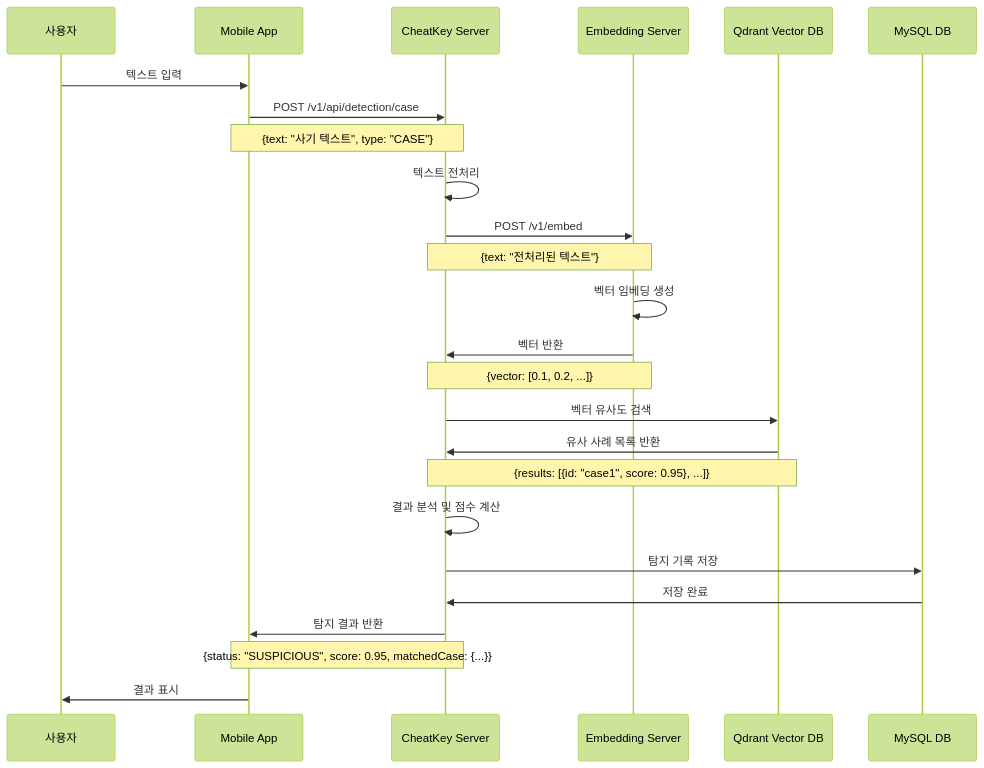
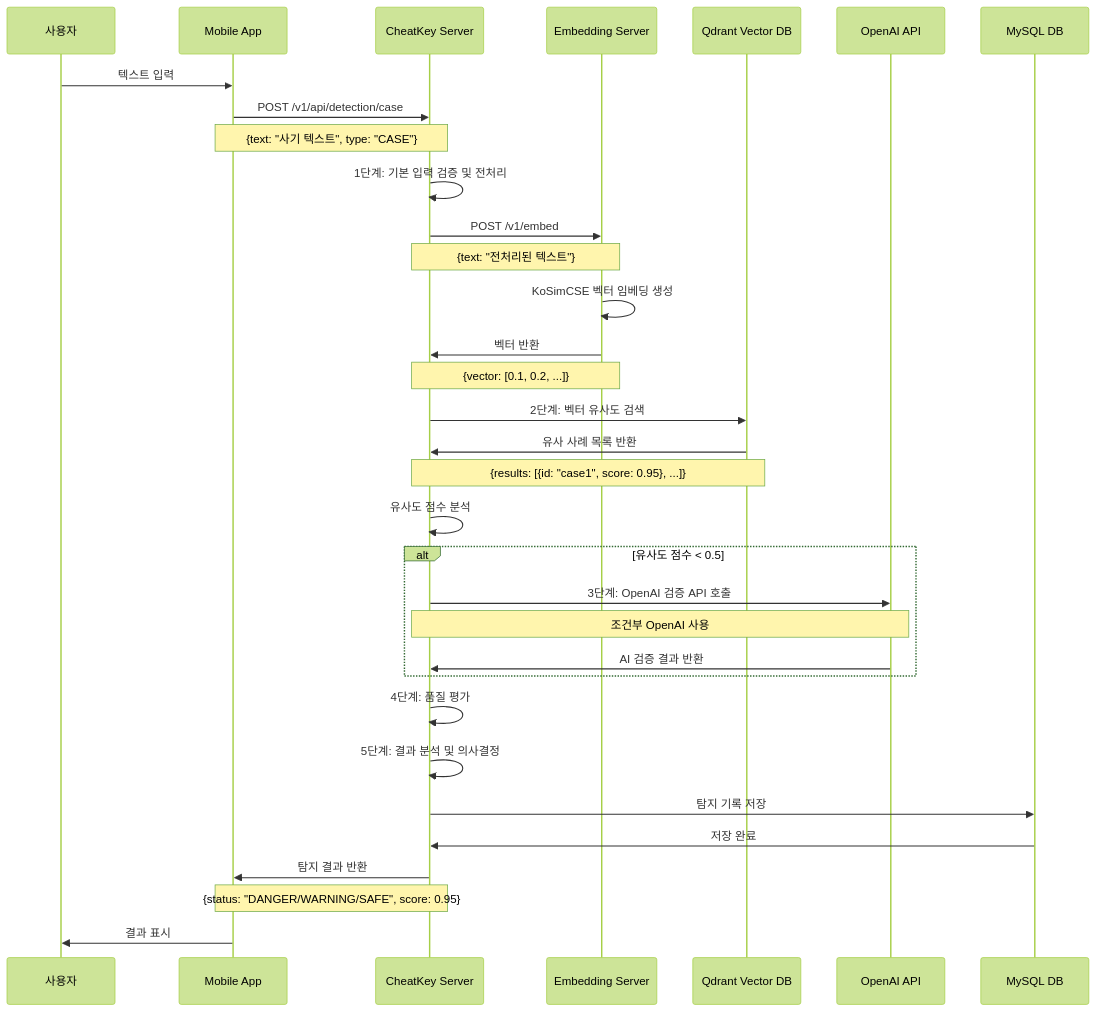
Before and after one commit to Central-MakeUs/CheatKey-Server: the first of 10 diagrams in docs/flows/sequence.md, drawn with Mermaid (forest theme). The commit also changed other lines of this file and 6 other files, not shown here.

````diff
--- a/docs/flows/sequence.md
+++ b/docs/flows/sequence.md
@@ -7,33 +7,43 @@
 ```mermaid
 sequenceDiagram
     participant U as 사용자
     participant App as Mobile App
     participant Server as CheatKey Server
     participant Embedding as Embedding Server
     participant Qdrant as Qdrant Vector DB
+    participant OpenAI as OpenAI API
     participant DB as MySQL DB
     
     U->>App: 텍스트 입력
     App->>Server: POST /v1/api/detection/case
     Note over App,Server: {text: "사기 텍스트", type: "CASE"}
     
-    Server->>Server: 텍스트 전처리
+    Server->>Server: 1단계: 기본 입력 검증 및 전처리
     Server->>Embedding: POST /v1/embed
     Note over Server,Embedding: {text: "전처리된 텍스트"}
     
-    Embedding->>Embedding: 벡터 임베딩 생성
+    Embedding->>Embedding: KoSimCSE 벡터 임베딩 생성
     Embedding->>Server: 벡터 반환
     Note over Embedding,Server: {vector: [0.1, 0.2, ...]}
     
-    Server->>Qdrant: 벡터 유사도 검색
+    Server->>Qdrant: 2단계: 벡터 유사도 검색
     Qdrant->>Server: 유사 사례 목록 반환
     Note over Qdrant,Server: {results: [{id: "case1", score: 0.95}, ...]}
     
-    Server->>Server: 결과 분석 및 점수 계산
+    Server->>Server: 유사도 점수 분석
+    alt 유사도 점수 < 0.5
+        Server->>OpenAI: 3단계: OpenAI 검증 API 호출
+        Note over Server,OpenAI: 조건부 OpenAI 사용
+        OpenAI->>Server: AI 검증 결과 반환
+    end
+    
+    Server->>Server: 4단계: 품질 평가
+    Server->>Server: 5단계: 결과 분석 및 의사결정
+    
     Server->>DB: 탐지 기록 저장
     DB->>Server: 저장 완료
     
     Server->>App: 탐지 결과 반환
-    Note over Server,App: {status: "SUSPICIOUS", score: 0.95, matchedCase: {...}}
+    Note over Server,App: {status: "DANGER/WARNING/SAFE", score: 0.95}
     App->>U: 결과 표시
 ```
````
